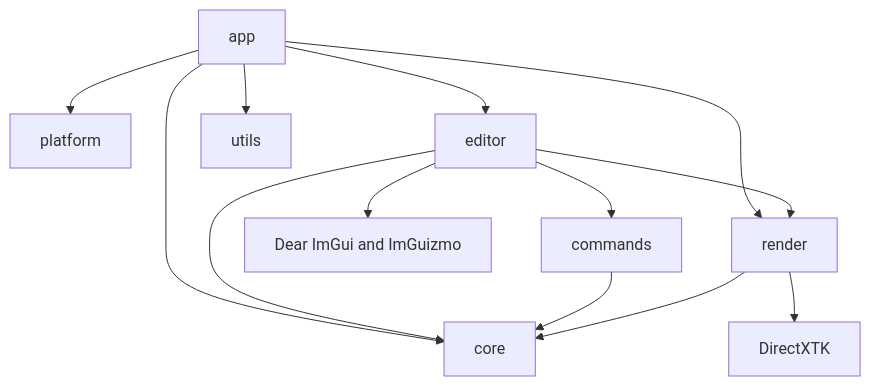
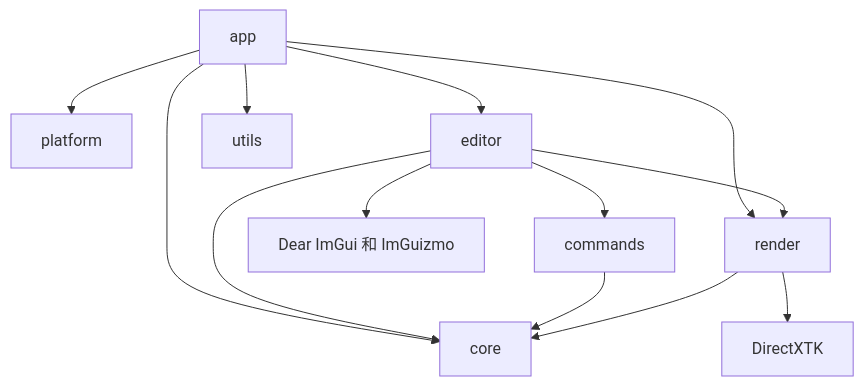
The diagram in FILE_INDEX.md (ELPSYKONGR/LRenderDemo), drawn with Mermaid before and after one commit. The commit also changed other lines of this file and 7 other files, not shown here.

````diff
--- a/FILE_INDEX.md
+++ b/FILE_INDEX.md
@@ -49,15 +49,15 @@
 ```mermaid
 graph TD
     App[app] --> Platform[platform]
     App --> Editor[editor]
     App --> Render[render]
     App --> Core[core]
     Editor --> Commands[commands]
     Editor --> Core
     Editor --> Render
     Commands --> Core
     Render --> Core
     Render --> DXTK[DirectXTK]
-    Editor --> ImGui[Dear ImGui and ImGuizmo]
+    Editor --> ImGui[Dear ImGui 和 ImGuizmo]
     App --> Utils[utils]
 ```
````
